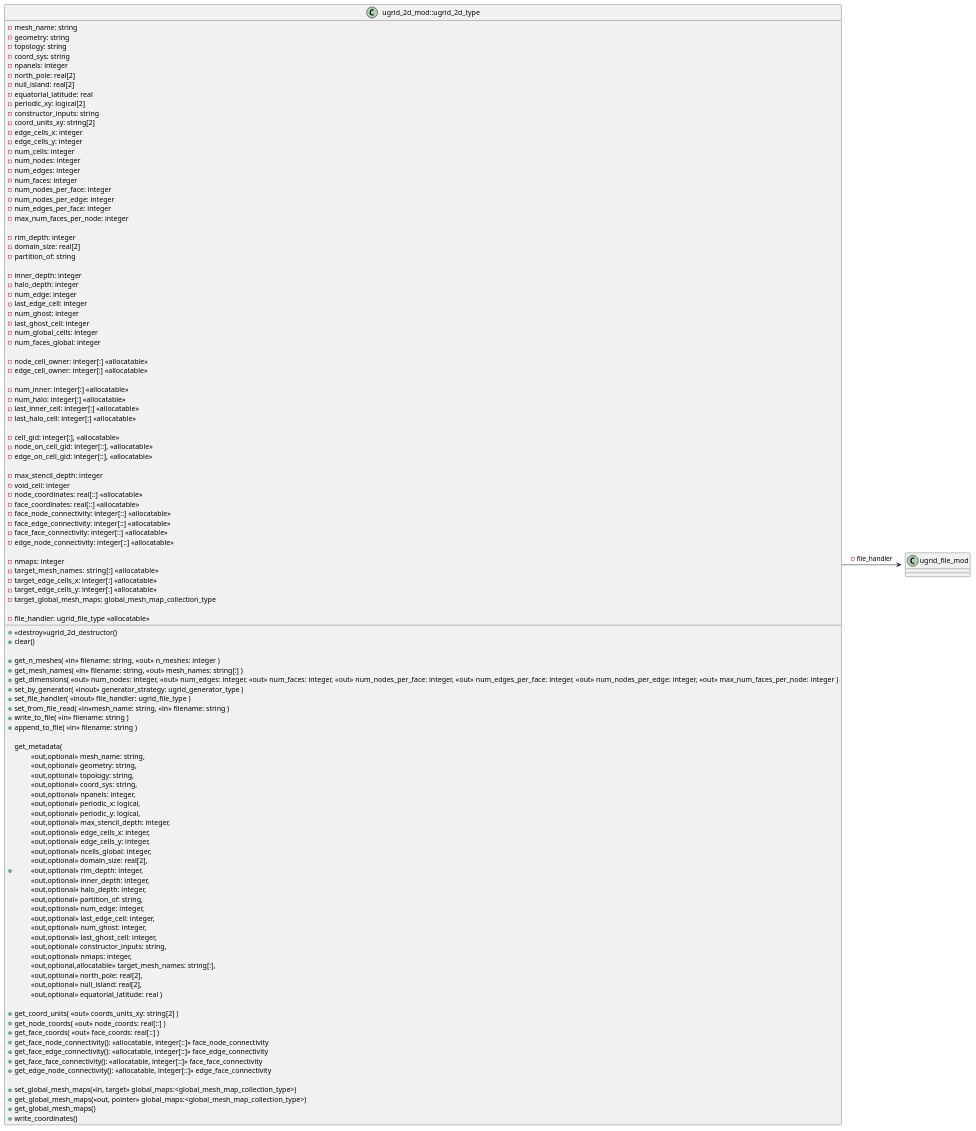
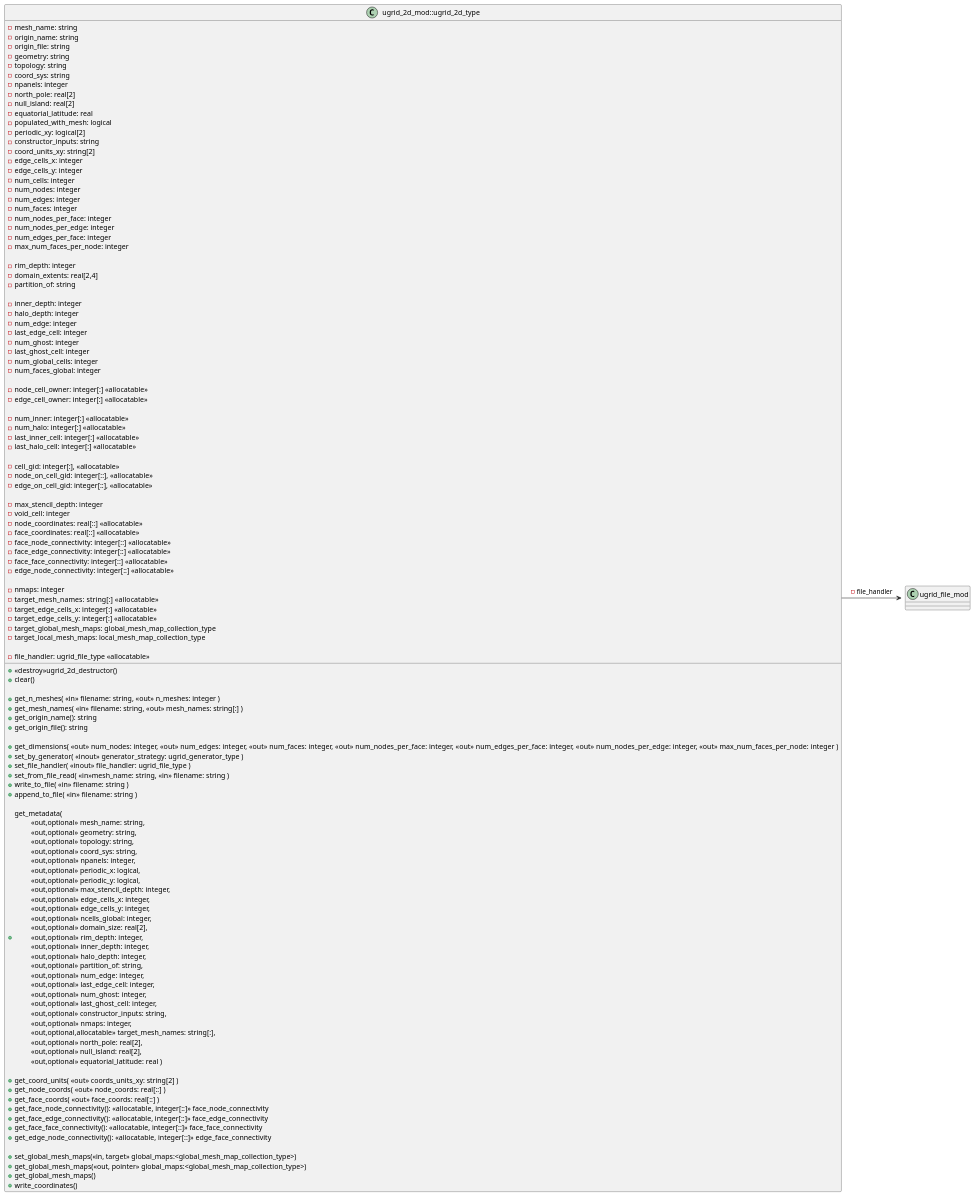
The diagram in infrastructure/documentation/uml/io/ugrid_2d_mod.iuml (MetOffice/lfric_core), drawn with PlantUML before and after one commit. The commit also changed 18 other files, not shown here.

```diff
--- a/infrastructure/documentation/uml/io/ugrid_2d_mod.iuml
+++ b/infrastructure/documentation/uml/io/ugrid_2d_mod.iuml
@@ -1,102 +1,108 @@
 ' Copyright (c) 2017,  Met Office, on behalf of HMSO and Queen's Printer
 ' For further details please refer to the file LICENCE which you
 ' should have received as part of this distribution.
 
 class ugrid_2d_mod::ugrid_2d_type {
 
   -mesh_name: string
+  -origin_name: string
+  -origin_file: string
   -geometry: string
   -topology: string
   -coord_sys: string
   -npanels: integer
   -north_pole: real[2]
   -null_island: real[2]
   -equatorial_latitude: real
+  -populated_with_mesh: logical
   -periodic_xy: logical[2]
   -constructor_inputs: string
   -coord_units_xy: string[2]
   -edge_cells_x: integer
   -edge_cells_y: integer
   -num_cells: integer
   -num_nodes: integer
   -num_edges: integer
   -num_faces: integer
   -num_nodes_per_face: integer
   -num_nodes_per_edge: integer
   -num_edges_per_face: integer
   -max_num_faces_per_node: integer
 
   -rim_depth: integer
-  -domain_size: real[2]
+  -domain_extents: real[2,4]
   -partition_of: string
 
   -inner_depth: integer
   -halo_depth: integer
   -num_edge: integer
   -last_edge_cell: integer
   -num_ghost: integer
   -last_ghost_cell: integer
   -num_global_cells: integer
   -num_faces_global: integer
 
   -node_cell_owner: integer[:] <<allocatable>>
   -edge_cell_owner: integer[:] <<allocatable>>
 
   -num_inner: integer[:] <<allocatable>>
   -num_halo: integer[:] <<allocatable>>
   -last_inner_cell: integer[:] <<allocatable>>
   -last_halo_cell: integer[:] <<allocatable>>
 
   -cell_gid: integer[:], <<allocatable>>
   -node_on_cell_gid: integer[::], <<allocatable>>
   -edge_on_cell_gid: integer[::], <<allocatable>>
 
   -max_stencil_depth: integer
   -void_cell: integer
   -node_coordinates: real[::] <<allocatable>>
   -face_coordinates: real[::] <<allocatable>>
   -face_node_connectivity: integer[::] <<allocatable>>
   -face_edge_connectivity: integer[::] <<allocatable>>
   -face_face_connectivity: integer[::] <<allocatable>>
   -edge_node_connectivity: integer[::] <<allocatable>>
 
   -nmaps: integer
   -target_mesh_names:   string[:] <<allocatable>>
   -target_edge_cells_x: integer[:] <<allocatable>>
   -target_edge_cells_y: integer[:] <<allocatable>>
   -target_global_mesh_maps: global_mesh_map_collection_type
+  -target_local_mesh_maps: local_mesh_map_collection_type
 
   -file_handler: ugrid_file_type <<allocatable>>
-
 
   +<<destroy>>ugrid_2d_destructor()
   +clear()
 
   +get_n_meshes( <<in>> filename: string, <<out>> n_meshes: integer )
   +get_mesh_names( <<in>> filename: string, <<out>> mesh_names: string[:] )
+  +get_origin_name(): string
+  +get_origin_file(): string
+
   +get_dimensions( <<out>> num_nodes: integer, <<out>> num_edges: integer, <<out>> num_faces: integer, <<out>> num_nodes_per_face: integer, <<out>> num_edges_per_face: integer, <<out>> num_nodes_per_edge: integer, <<out>> max_num_faces_per_node: integer )
   +set_by_generator( <<inout>> generator_strategy: ugrid_generator_type )
   +set_file_handler( <<inout>> file_handler: ugrid_file_type )
   +set_from_file_read( <<in>>mesh_name: string, <<in>> filename: string )
   +write_to_file( <<in>> filename: string )
   +append_to_file( <<in>> filename: string )
 
   +get_metadata(\n\t <<out,optional>> mesh_name: string,\n\t <<out,optional>> geometry: string,\n\t <<out,optional>> topology: string,\n\t <<out,optional>> coord_sys: string,\n\t <<out,optional>> npanels: integer,\n\t <<out,optional>> periodic_x: logical,\n\t <<out,optional>> periodic_y: logical,\n\t <<out,optional>> max_stencil_depth: integer,\n\t <<out,optional>> edge_cells_x: integer,\n\t <<out,optional>> edge_cells_y: integer,\n\t <<out,optional>> ncells_global: integer,\n\t <<out,optional>> domain_size: real[2],\n\t <<out,optional>> rim_depth: integer,\n\t <<out,optional>> inner_depth: integer,\n\t <<out,optional>> halo_depth: integer,\n\t <<out,optional>> partition_of: string,\n\t <<out,optional>> num_edge: integer,\n\t <<out,optional>> last_edge_cell: integer,\n\t <<out,optional>> num_ghost: integer,\n\t <<out,optional>> last_ghost_cell: integer,\n\t <<out,optional>> constructor_inputs: string,\n\t <<out,optional>> nmaps: integer,\n\t <<out,optional,allocatable>> target_mesh_names: string[:],\n\t <<out,optional>> north_pole: real[2],\n\t <<out,optional>> null_island: real[2],\n\t <<out,optional>> equatorial_latitude: real )
 
   +get_coord_units( <<out>> coords_units_xy: string[2] )
   +get_node_coords( <<out>> node_coords: real[::] )
   +get_face_coords( <<out>> face_coords: real[::] )
   +get_face_node_connectivity(): <<allocatable, integer[::]>> face_node_connectivity
   +get_face_edge_connectivity(): <<allocatable, integer[::]>> face_edge_connectivity
   +get_face_face_connectivity(): <<allocatable, integer[::]>> face_face_connectivity
   +get_edge_node_connectivity(): <<allocatable, integer[::]>> edge_face_connectivity
 
   +set_global_mesh_maps(<<in, target>> global_maps:<global_mesh_map_collection_type>)
   +get_global_mesh_maps(<<out, pointer>> global_maps:<global_mesh_map_collection_type>)
   +get_global_mesh_maps()
 
 
   +write_coordinates()
 }
 
 ugrid_2d_mod::ugrid_2d_type -> ugrid_file_mod::ugrid_file_type : -file_handler
```
